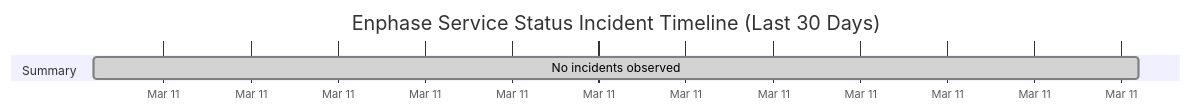
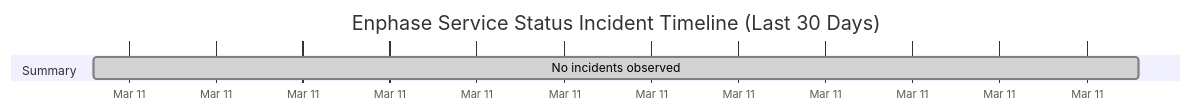
One commit to barneyonline/ha-enphase-ev-charger changed the diagram in wiki/Service-Status-History.md. Above: the diagram before and after it, drawn with Mermaid. The commit also changed other lines of this file and 3 other files, not shown here.

````diff
--- a/wiki/Service-Status-History.md
+++ b/wiki/Service-Status-History.md
@@ -14,8 +14,8 @@
 ```mermaid
 gantt
     title Enphase Service Status Incident Timeline (Last 30 Days)
     dateFormat  YYYY-MM-DDTHH:mm:ss
     axisFormat  %b %d
     section Summary
-    No incidents observed :done, 2026-03-11T07:37:21, 1m
+    No incidents observed :done, 2026-03-11T08:30:08, 1m
 ```
````
